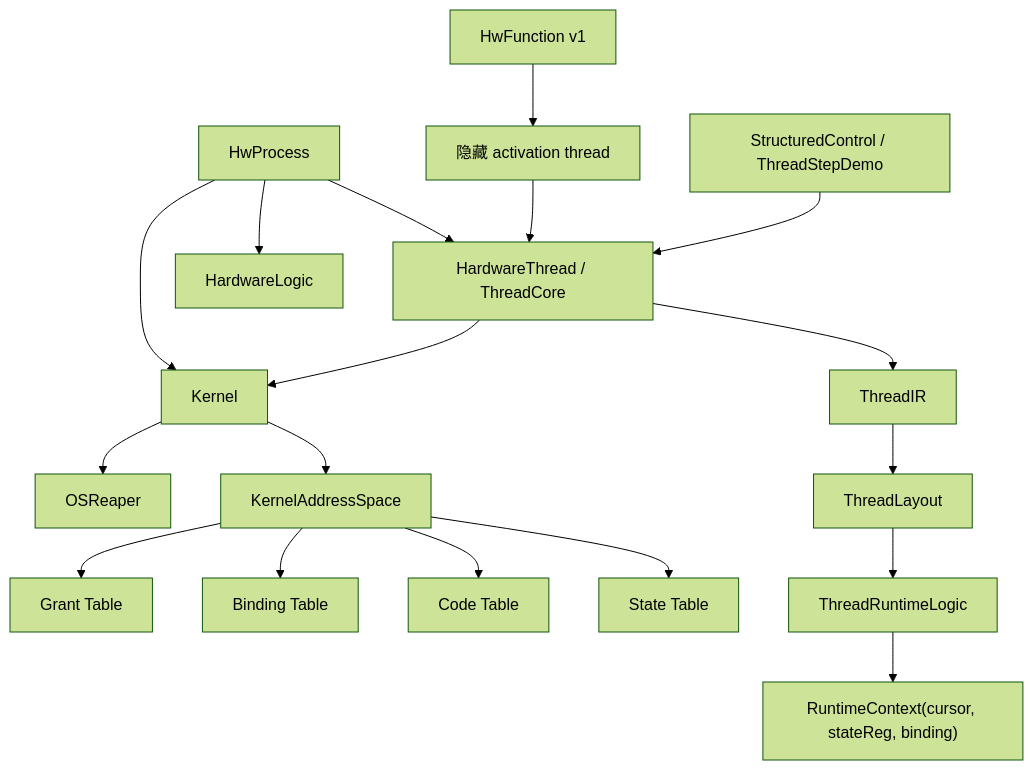
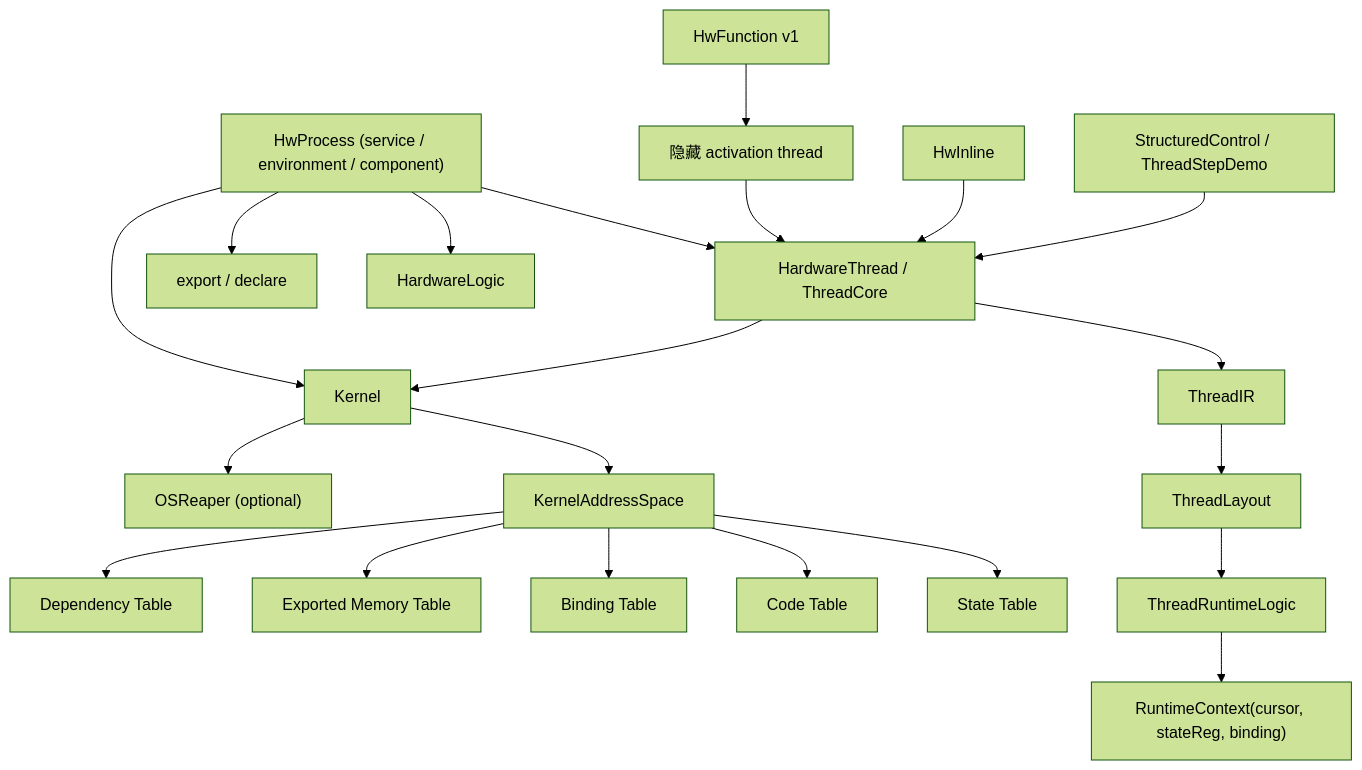
One commit to NullStarfish/HwOS changed the diagram in docs/architecture.md. Above: the diagram before and after it, drawn with Mermaid (forest theme). The commit also changed other lines of this file and 9 other files, not shown here.

````diff
--- a/docs/architecture.md
+++ b/docs/architecture.md
@@ -38,20 +40,23 @@
 ```mermaid
 graph TD
-  P["HwProcess"] --> T["HardwareThread / ThreadCore"]
+  P["HwProcess (service / environment / component)"] --> T["HardwareThread / ThreadCore"]
   P --> L["HardwareLogic"]
+  P --> X["export / declare"]
   T --> IR["ThreadIR"]
   IR --> LO["ThreadLayout"]
   LO --> RT["ThreadRuntimeLogic"]
   RT --> RC["RuntimeContext(cursor, stateReg, binding)"]
   T --> K["Kernel"]
   P --> K
   K --> AS["KernelAddressSpace"]
   AS --> ST["State Table"]
   AS --> CT["Code Table"]
   AS --> BT["Binding Table"]
-  AS --> GT["Grant Table"]
-  K --> R["OSReaper"]
+  AS --> ET["Exported Memory Table"]
+  AS --> DT["Dependency Table"]
+  K --> R["OSReaper (optional)"]
   F["HwFunction v1"] --> AT["隐藏 activation thread"]
   AT --> T
+  I["HwInline"] --> T
   C["StructuredControl / ThreadStepDemo"] --> T
 ```
````
